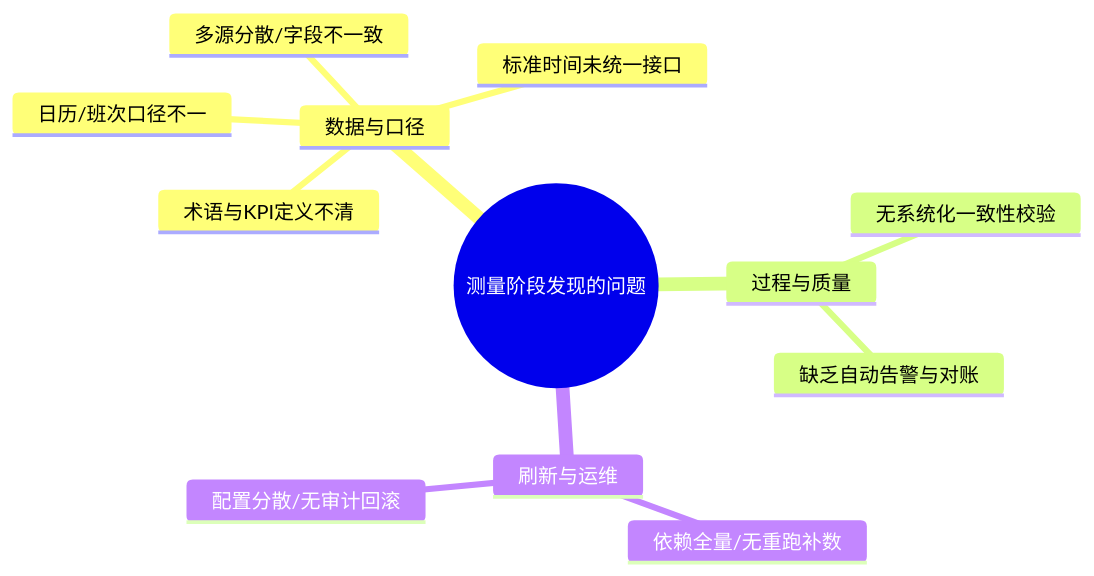
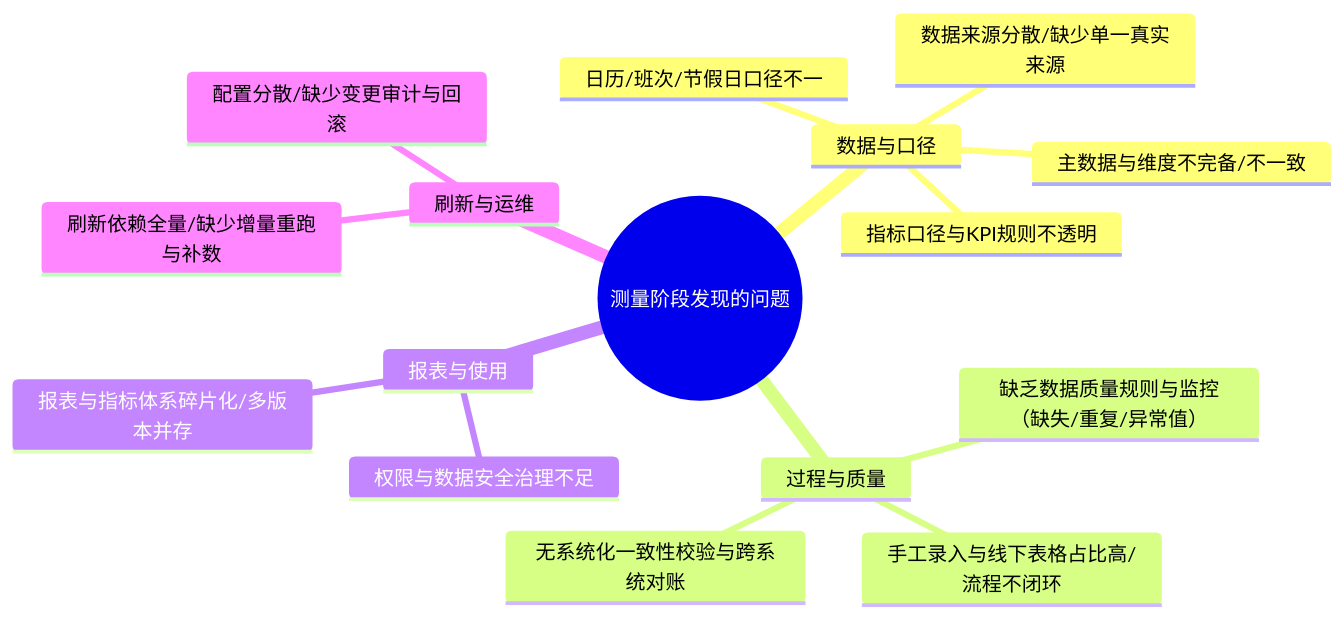
One commit to khuang1987/CZ_Digital_Central changed the second of 5 diagrams in 92-说明文档/docs/project/02_Measure_测量阶段/index.md. Above: the diagram before and after it, drawn with Mermaid. The commit also changed other lines of this file and 94 other files, not shown here.

````diff
--- a/92-说明文档/docs/project/02_Measure_测量阶段/index.md
+++ b/92-说明文档/docs/project/02_Measure_测量阶段/index.md
@@ -44,15 +49,19 @@
 ```mermaid
 mindmap
   root((测量阶段发现的问题))
     数据与口径
-      多源分散/字段不一致
-      术语与KPI定义不清
-      标准时间未统一接口
-      日历/班次口径不一
+      数据来源分散/缺少单一真实来源
+      指标口径与KPI规则不透明
+      主数据与维度不完备/不一致
+      日历/班次/节假日口径不一
     过程与质量
-      无系统化一致性校验
-      缺乏自动告警与对账
+      缺乏数据质量规则与监控（缺失/重复/异常值）
+      无系统化一致性校验与跨系统对账
+      手工录入与线下表格占比高/流程不闭环
+    报表与使用
+      报表与指标体系碎片化/多版本并存
+      权限与数据安全治理不足
     刷新与运维
-      依赖全量/无重跑补数
-      配置分散/无审计回滚
+      刷新依赖全量/缺少增量重跑与补数
+      配置分散/缺少变更审计与回滚
 ```
````
